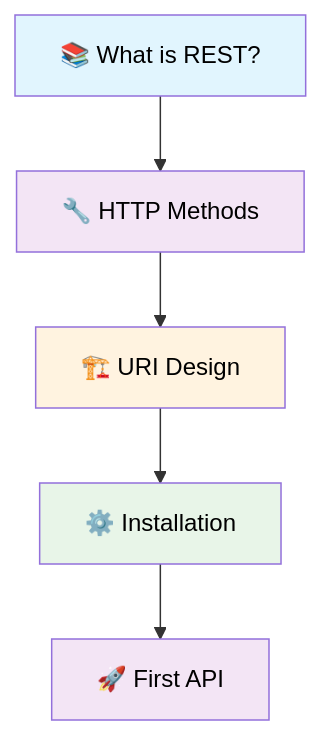
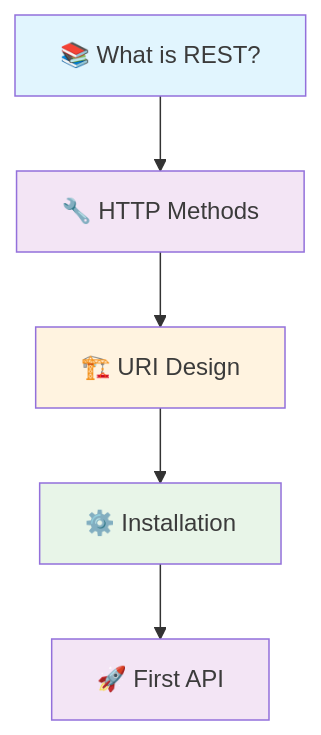
One commit to ridwanspace/restful-fastapi-guideline changed the diagram in app/docs/01_getting-started/page.mdx. Above: the diagram before and after it, drawn with Mermaid. The commit also changed 1 other file, not shown here.

Commit message:
💄 style(docs): improve mermaid diagram styles for accessibility
- enhance color contrast in mermaid diagrams for better readability
- ensure text within diagrams is more visible against background colors

````diff
--- a/app/docs/01_getting-started/page.mdx
+++ b/app/docs/01_getting-started/page.mdx
@@ -49,13 +49,13 @@
 ```mermaid
 graph TD
     A[📚 What is REST?] --> B[🔧 HTTP Methods]
     B --> C[🏗️ URI Design]
     C --> D[⚙️ Installation]
     D --> E[🚀 First API]
     
-    style A fill:#e1f5fe,color:#000
-    style B fill:#f3e5f5,color:#000
-    style C fill:#fff3e0,color:#000
-    style D fill:#e8f5e8,color:#000
-    style E fill:#f3e5f5,color:#000
+    style A fill:#e1f5fe,color:#3b3b3b
+    style B fill:#f3e5f5,color:#3b3b3b
+    style C fill:#fff3e0,color:#3b3b3b
+    style D fill:#e8f5e8,color:#3b3b3b
+    style E fill:#f3e5f5,color:#3b3b3b
 ```
````
